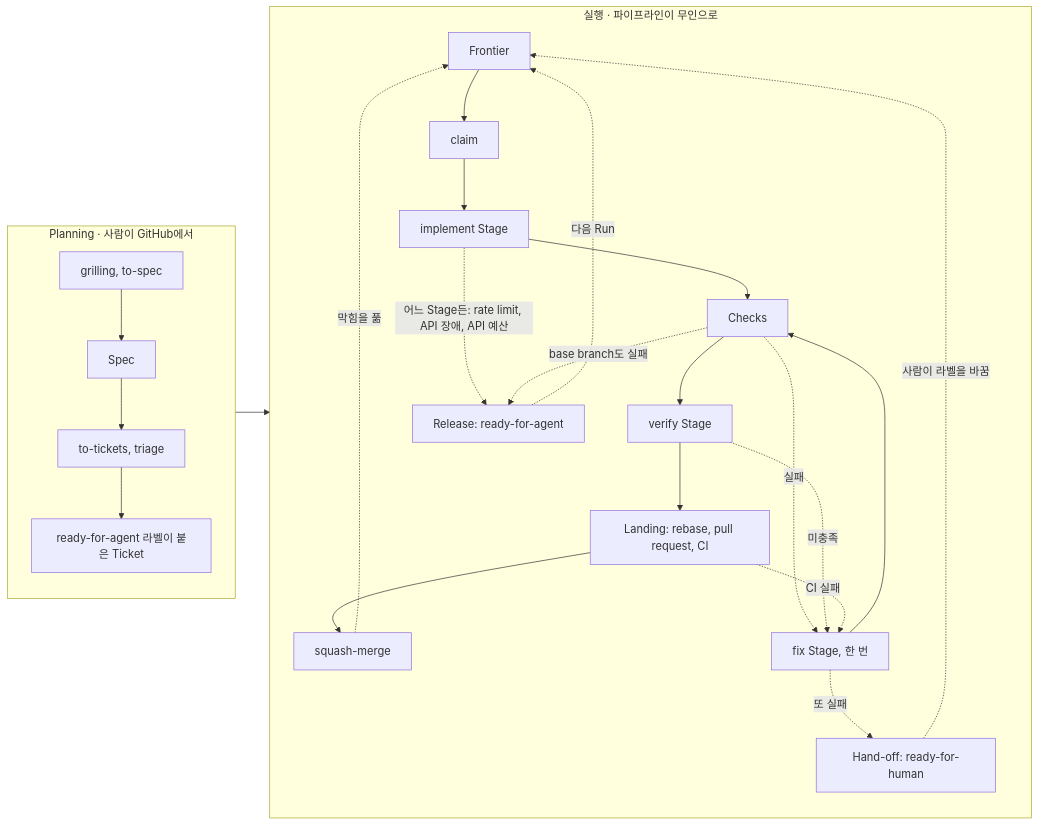
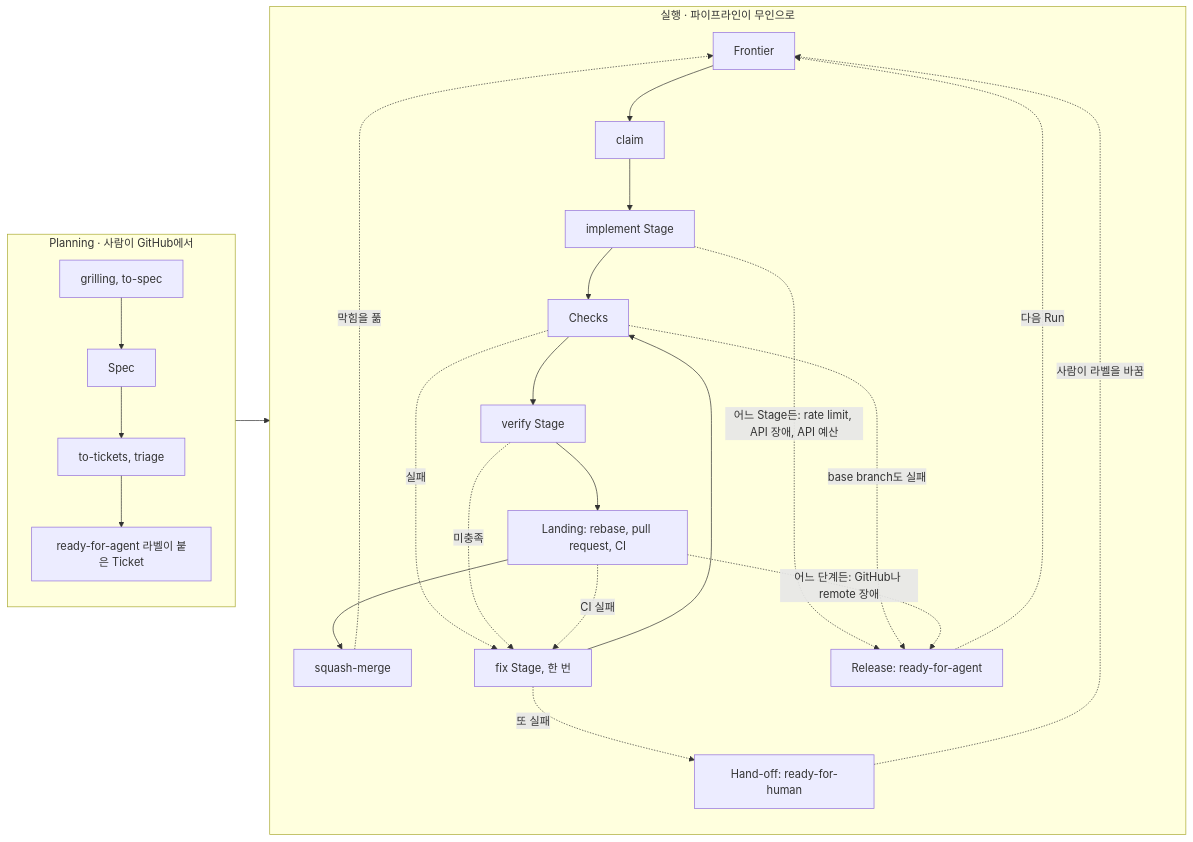
One commit to jjongs2/ticket-runner changed the diagram in wiki/ko/index.md. Above: the diagram before and after it, drawn with Mermaid. The commit also changed 27 other files, not shown here.

First line of the commit message:
fix(orchestrator): release a Ticket GitHub or the remote failed instead of handing it off (#325)

````diff
--- a/wiki/ko/index.md
+++ b/wiki/ko/index.md
@@ -54,29 +54,30 @@
 ```mermaid
 flowchart LR
   subgraph Planning["Planning · 사람이 GitHub에서"]
     direction TB
     G["grilling, to-spec"] --> S[Spec]
     S --> T["to-tickets, triage"]
     T --> R["ready-for-agent 라벨이 붙은 Ticket"]
   end
   subgraph Execution["실행 · 파이프라인이 무인으로"]
     direction TB
     F[Frontier] --> C[claim]
     C --> I[implement Stage]
     I --> K[Checks]
     K --> V[verify Stage]
     V --> L["Landing: rebase, pull request, CI"]
     L --> M[squash-merge]
     K -. 실패 .-> X["fix Stage, 한 번"]
     V -. 미충족 .-> X
     L -. CI 실패 .-> X
     X --> K
     X -. 또 실패 .-> H["Hand-off: ready-for-human"]
     I -. "어느 Stage든: rate limit, API 장애, API 예산" .-> RL["Release: ready-for-agent"]
     K -. base branch도 실패 .-> RL
+    L -. "어느 단계든: GitHub나 remote 장애" .-> RL
   end
   R --> F
   M -. 막힘을 풂 .-> F
   H -. 사람이 라벨을 바꿈 .-> F
   RL -. 다음 Run .-> F
 ```
````
